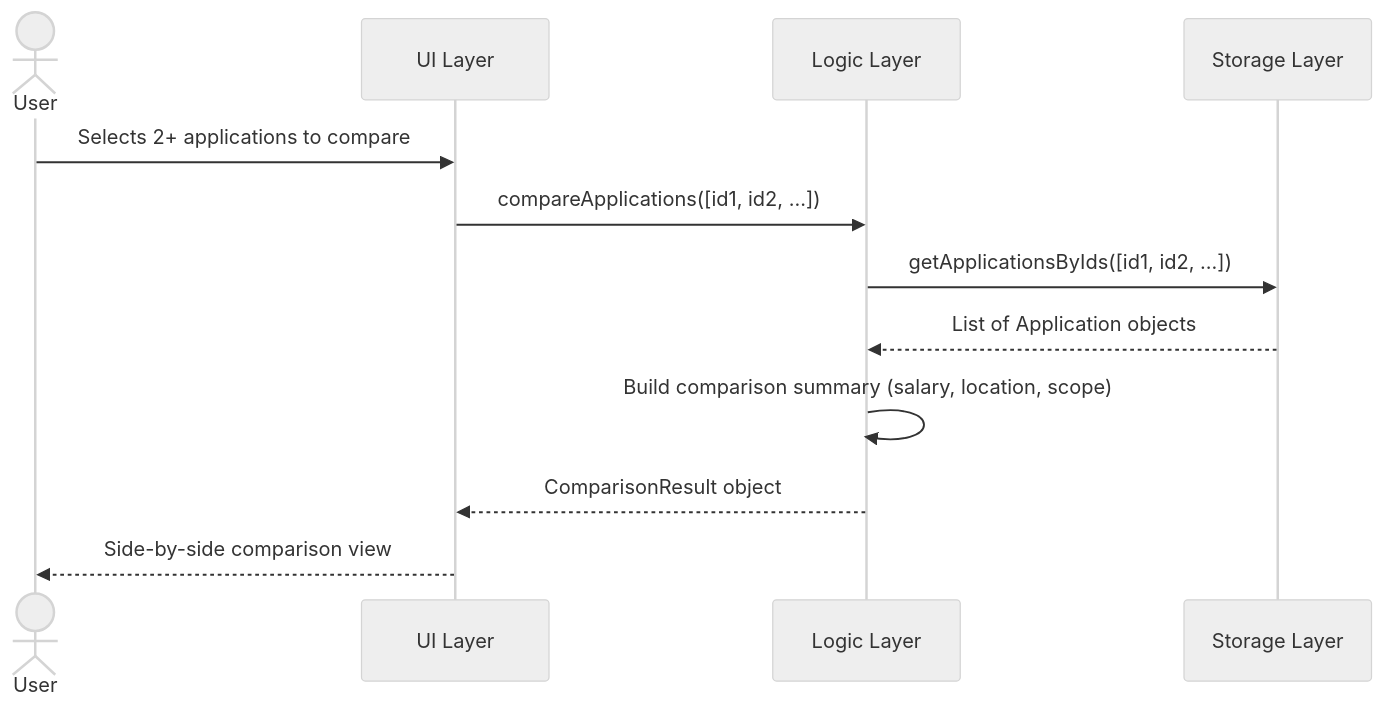
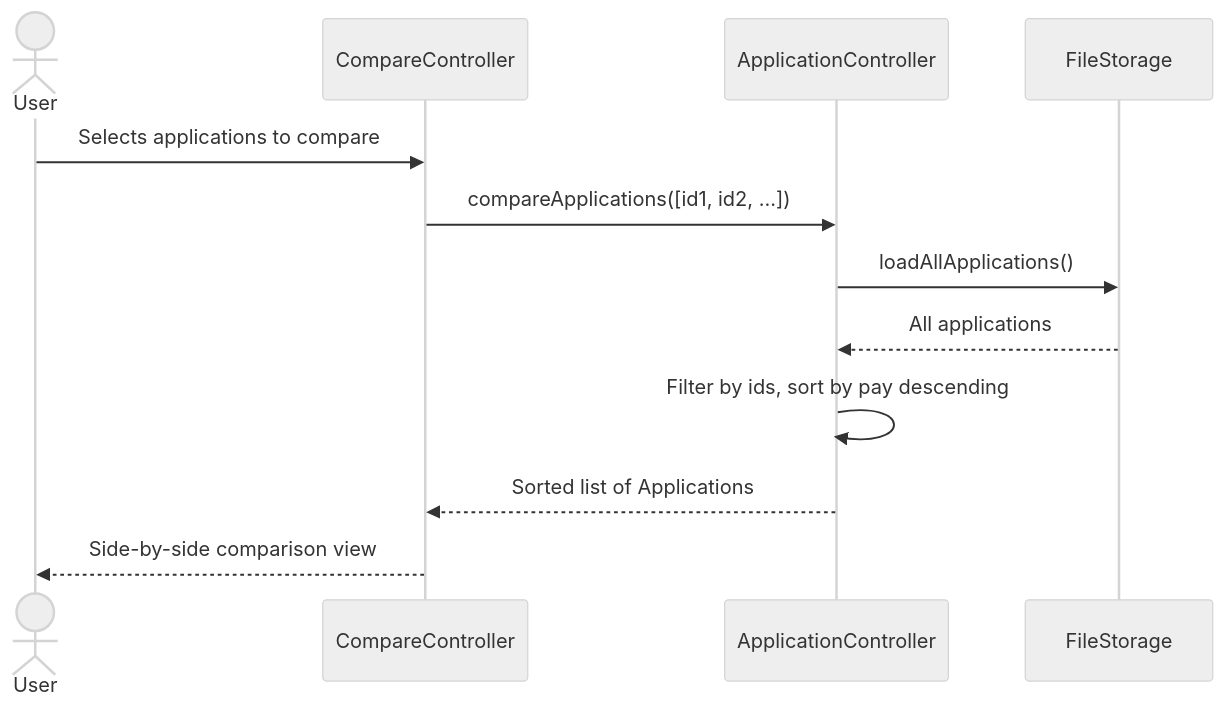
The fifth of 7 diagrams in docs/API_DOCUMENTATION.md (ashjwley03/JobApps-Tracker), drawn with Mermaid (neutral theme) before and after one commit. The commit also changed other lines of this file and 19 other files, not shown here.

````diff
--- a/docs/API_DOCUMENTATION.md
+++ b/docs/API_DOCUMENTATION.md
@@ -156,15 +156,15 @@
 ```mermaid
 sequenceDiagram
     actor User
-    participant UI as UI Layer
-    participant Logic as Logic Layer
-    participant Storage as Storage Layer
+    participant UI as CompareController
+    participant Logic as ApplicationController
+    participant Storage as FileStorage
 
-    User->>UI: Selects 2+ applications to compare
+    User->>UI: Selects applications to compare
     UI->>Logic: compareApplications([id1, id2, ...])
-    Logic->>Storage: getApplicationsByIds([id1, id2, ...])
-    Storage-->>Logic: List of Application objects
-    Logic->>Logic: Build comparison summary (salary, location, scope)
-    Logic-->>UI: ComparisonResult object
+    Logic->>Storage: loadAllApplications()
+    Storage-->>Logic: All applications
+    Logic->>Logic: Filter by ids, sort by pay descending
+    Logic-->>UI: Sorted list of Applications
     UI-->>User: Side-by-side comparison view
 ```
````
